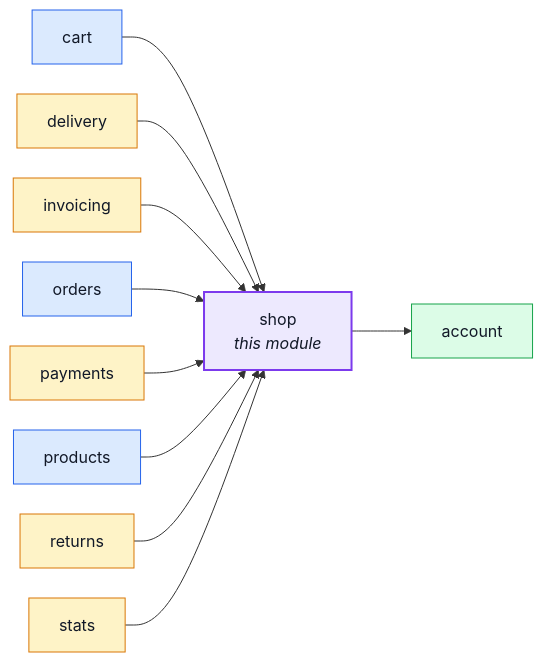
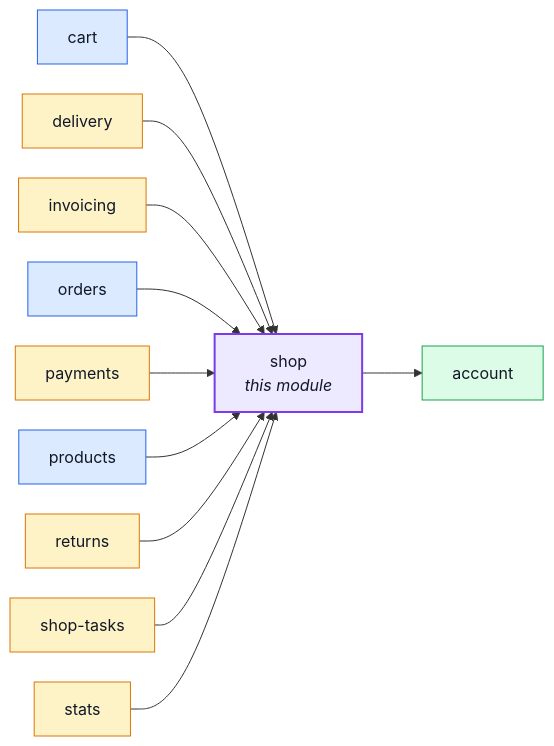
One commit to Guebbit/boilerplate-node-backend changed the diagram in docs/modules/shop.md. Above: the diagram before and after it, drawn with Mermaid. The commit also changed 107 other files, not shown here.

First line of the commit message:
refactor(shop-tasks): move the shop's to-dos and notices into their own module

````diff
--- a/docs/modules/shop.md
+++ b/docs/modules/shop.md
@@ -22,33 +22,35 @@
 ```mermaid
 %%{init: {'flowchart': {'nodeSpacing': 30, 'rankSpacing': 60}}}%%
 flowchart LR
     shop["shop<br/><i>this module</i>"]
     account["account"]
     cart["cart"]
     delivery["delivery"]
     invoicing["invoicing"]
     orders["orders"]
     payments["payments"]
     products["products"]
     returns["returns"]
+    shop_tasks["shop-tasks"]
     stats["stats"]
 
     cart --> shop
     delivery --> shop
     invoicing --> shop
     orders --> shop
     payments --> shop
     products --> shop
     returns --> shop
+    shop_tasks --> shop
     stats --> shop
     shop --> account
 
     classDef core fill:#dbeafe,stroke:#2563eb,color:#111827;
     classDef supporting fill:#fef3c7,stroke:#d97706,color:#111827;
     classDef generic fill:#dcfce7,stroke:#16a34a,color:#111827;
     classDef centre fill:#ede9fe,stroke:#7c3aed,stroke-width:2px,color:#111827;
     class cart,orders,products core;
-    class delivery,invoicing,payments,returns,stats supporting;
+    class delivery,invoicing,payments,returns,shop_tasks,stats supporting;
     class account generic;
     class shop centre;
 ```
````
